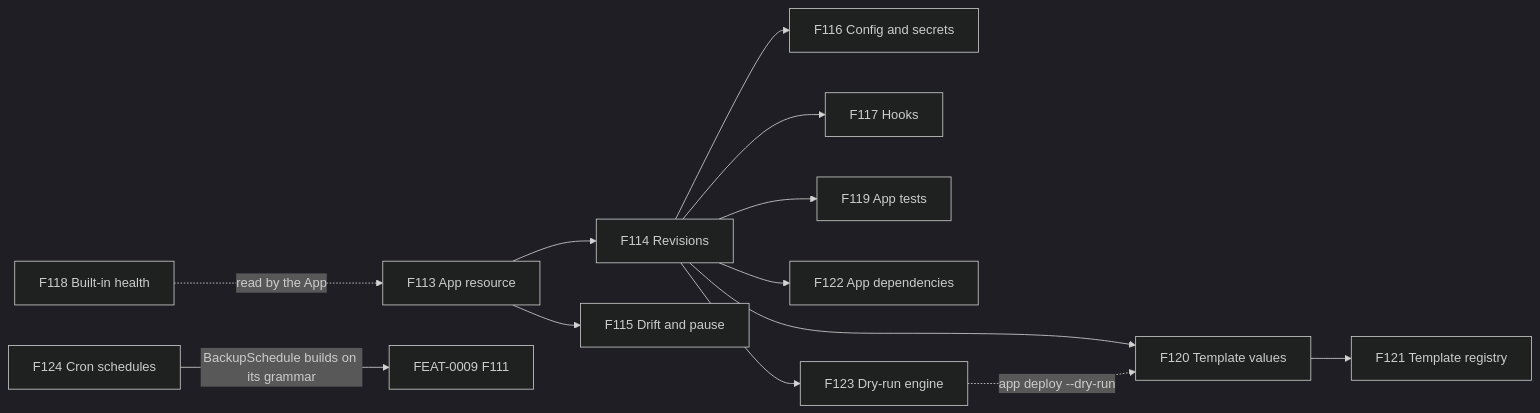
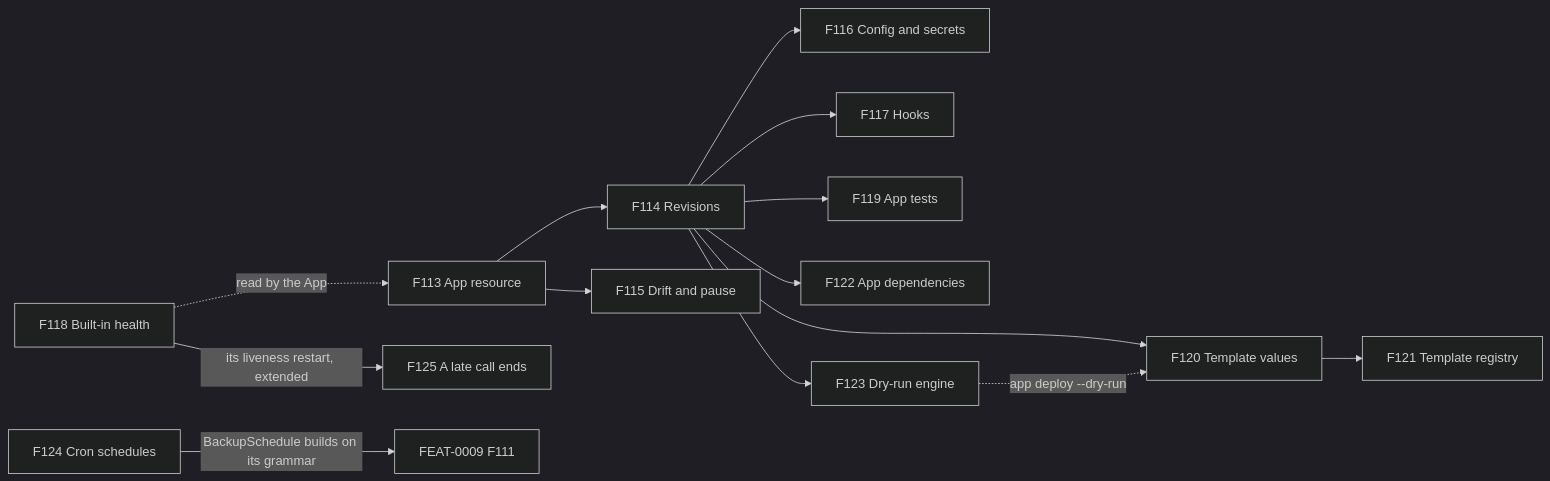
The first of 7 diagrams in docs/feat/0010-feat-apps.md (pyvvo/funcd), drawn with Mermaid (dark theme) before and after one commit. The commit also changed other lines of this file and 15 other files, not shown here.

````diff
--- a/docs/feat/0010-feat-apps.md
+++ b/docs/feat/0010-feat-apps.md
@@ -51,15 +51,16 @@
 ```mermaid
 flowchart LR
     F113["F113 App resource"] --> F114["F114 Revisions"]
     F113 --> F115["F115 Drift and pause"]
     F114 --> F116["F116 Config and secrets"]
     F114 --> F117["F117 Hooks"]
     F114 --> F119["F119 App tests"]
     F114 --> F122["F122 App dependencies"]
     F114 --> F120["F120 Template values"]
     F120 --> F121["F121 Template registry"]
     F118["F118 Built-in health"] -.->|"read by the App"| F113
     F114 --> F123["F123 Dry-run engine"]
     F123 -.->|"app deploy --dry-run"| F120
     F124["F124 Cron schedules"] -->|"BackupSchedule builds on its grammar"| F111["FEAT-0009 F111"]
+    F118 -->|"its liveness restart, extended"| F125["F125 A late call ends"]
 ```
````
